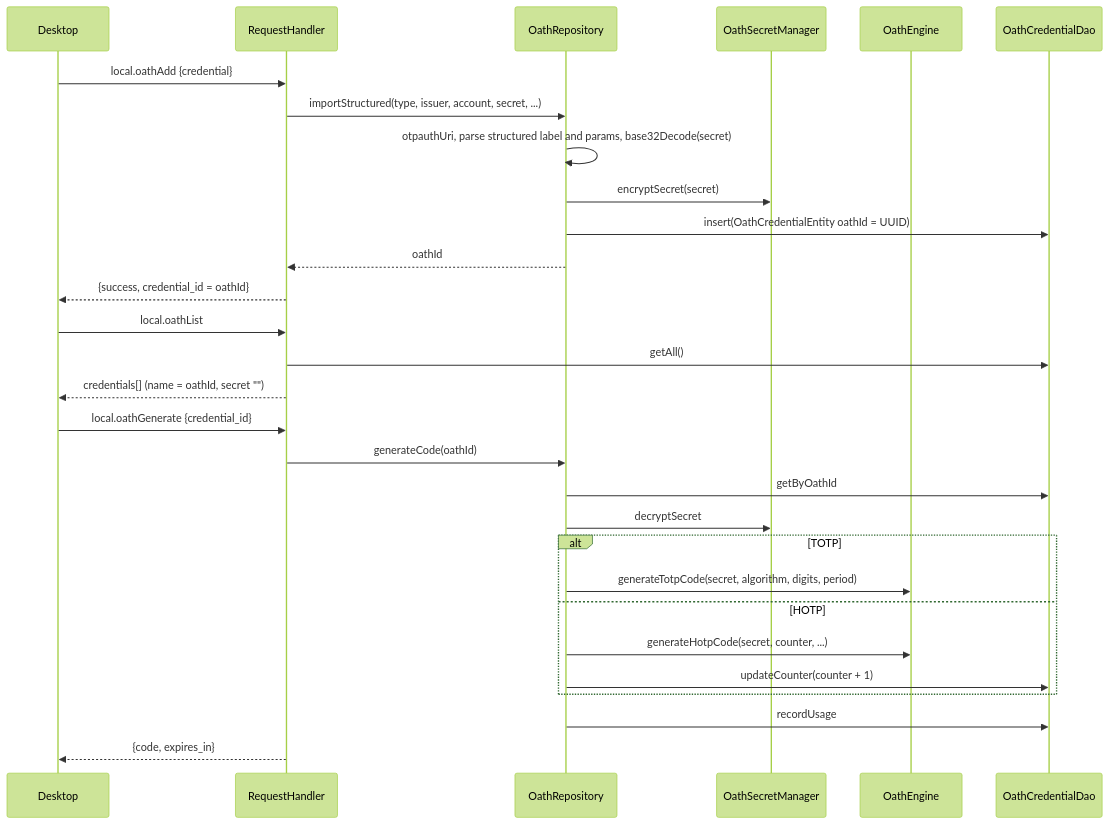
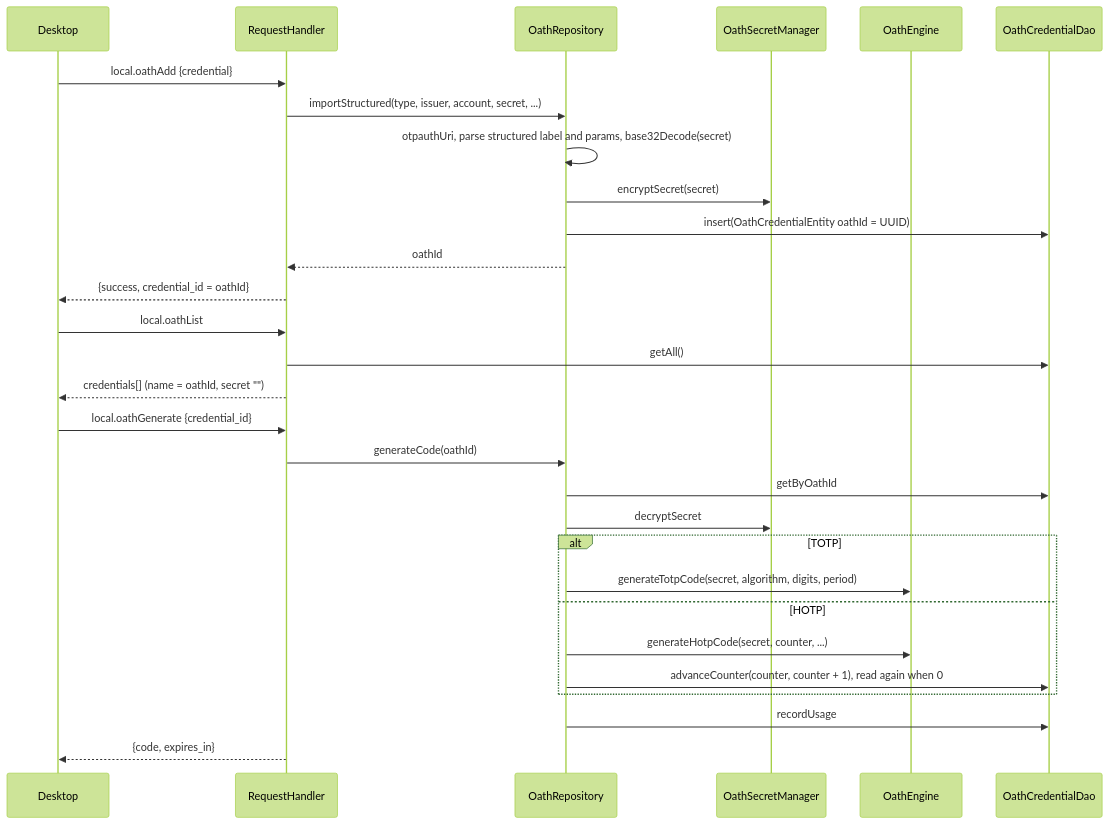
Before and after one commit to jeremyhahn/xkey-android: the diagram in docs/oath/architecture.md, drawn with Mermaid (forest theme). The commit also changed other lines of this file and 44 other files, not shown here.

````diff
--- a/docs/oath/architecture.md
+++ b/docs/oath/architecture.md
@@ -90,34 +90,34 @@
 ```mermaid
 sequenceDiagram
     participant D as Desktop
     participant H as RequestHandler
     participant R as OathRepository
     participant SM as OathSecretManager
     participant E as OathEngine
     participant DB as OathCredentialDao
 
     D->>H: local.oathAdd {credential}
     H->>R: importStructured(type, issuer, account, secret, ...)
     R->>R: otpauthUri, parse structured label and params, base32Decode(secret)
     R->>SM: encryptSecret(secret)
     R->>DB: insert(OathCredentialEntity oathId = UUID)
     R-->>H: oathId
     H-->>D: {success, credential_id = oathId}
 
     D->>H: local.oathList
     H->>DB: getAll()
     H-->>D: credentials[] (name = oathId, secret "")
 
     D->>H: local.oathGenerate {credential_id}
     H->>R: generateCode(oathId)
     R->>DB: getByOathId
     R->>SM: decryptSecret
     alt TOTP
         R->>E: generateTotpCode(secret, algorithm, digits, period)
     else HOTP
         R->>E: generateHotpCode(secret, counter, ...)
-        R->>DB: updateCounter(counter + 1)
+        R->>DB: advanceCounter(counter, counter + 1), read again when 0
     end
     R->>DB: recordUsage
     H-->>D: {code, expires_in}
 ```
````
